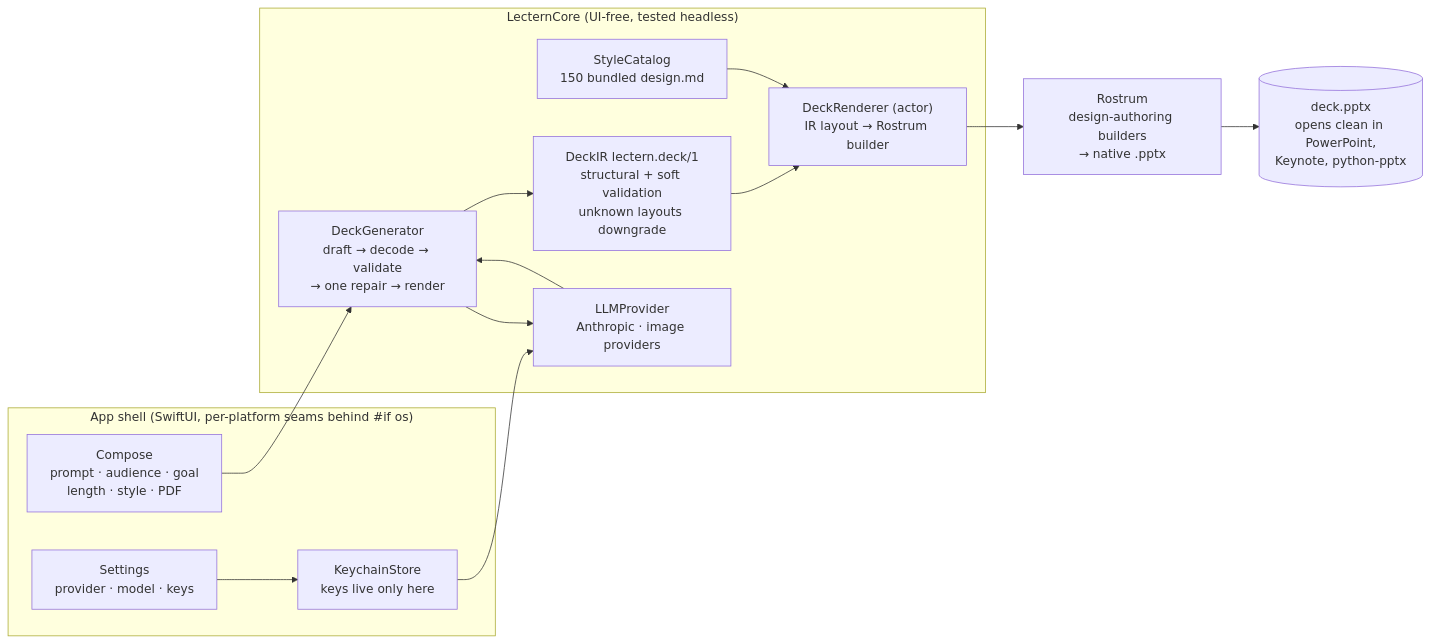
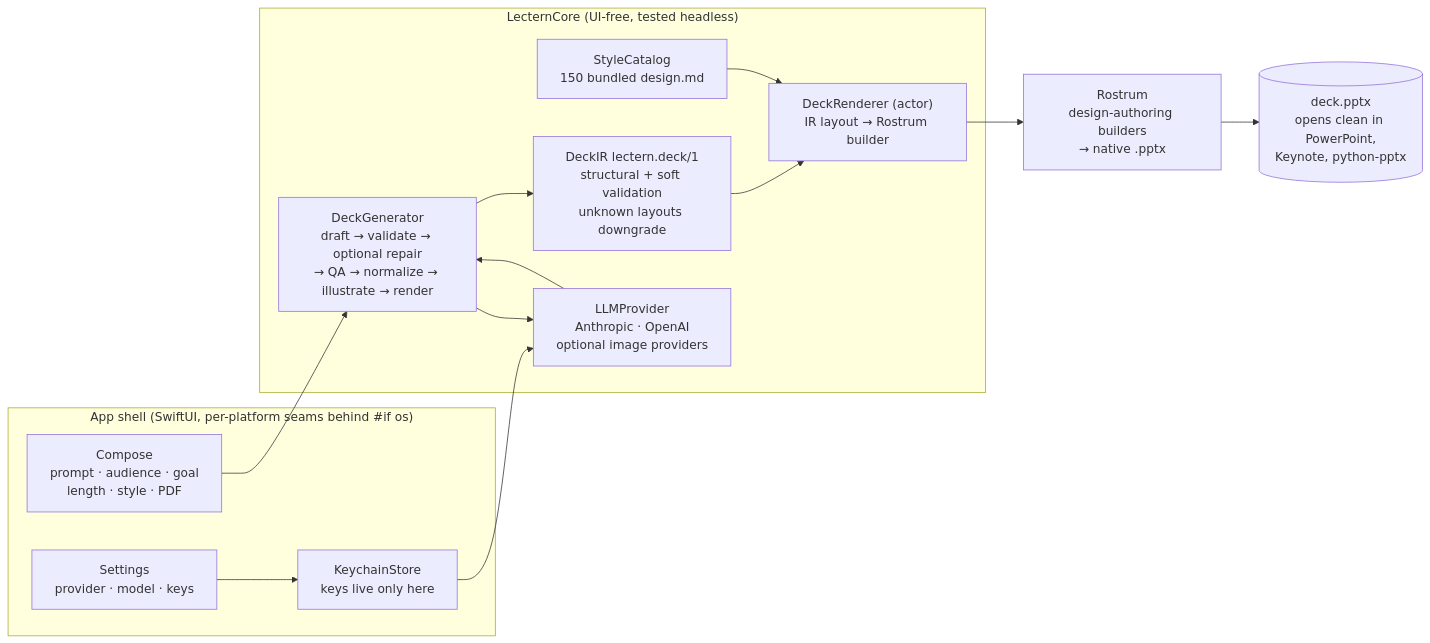
The diagram in Lectern/README.md (welshofer/rostrum), drawn with Mermaid before and after one commit. The commit also changed other lines of this file and 82 other files, not shown here.

````diff
--- a/Lectern/README.md
+++ b/Lectern/README.md
@@ -28,28 +28,28 @@
 ```mermaid
 flowchart LR
     subgraph Shell["App shell (SwiftUI, per-platform seams behind #if os)"]
         UI["Compose<br/>prompt · audience · goal<br/>length · style · PDF"]
         SET["Settings<br/>provider · model · keys"]
         KC["KeychainStore<br/>keys live only here"]
     end
     subgraph Core["LecternCore (UI-free, tested headless)"]
-        GEN["DeckGenerator<br/>draft → decode → validate<br/>→ one repair → render"]
+        GEN["DeckGenerator<br/>draft → validate → optional repair<br/>→ QA → normalize → illustrate → render"]
         IR["DeckIR lectern.deck/1<br/>structural + soft validation<br/>unknown layouts downgrade"]
         REN["DeckRenderer (actor)<br/>IR layout → Rostrum builder"]
         CAT["StyleCatalog<br/>150 bundled design.md"]
-        PROV["LLMProvider<br/>Anthropic · image providers"]
+        PROV["LLMProvider<br/>Anthropic · OpenAI<br/>optional image providers"]
     end
     R["Rostrum<br/>design-authoring builders<br/>→ native .pptx"]
     OUT[("deck.pptx<br/>opens clean in PowerPoint,<br/>Keynote, python-pptx")]
 
     UI --> GEN
     SET --> KC
     KC --> PROV
     GEN --> PROV
     PROV --> GEN
     GEN --> IR
     IR --> REN
     CAT --> REN
     REN --> R
     R --> OUT
 ```
````
